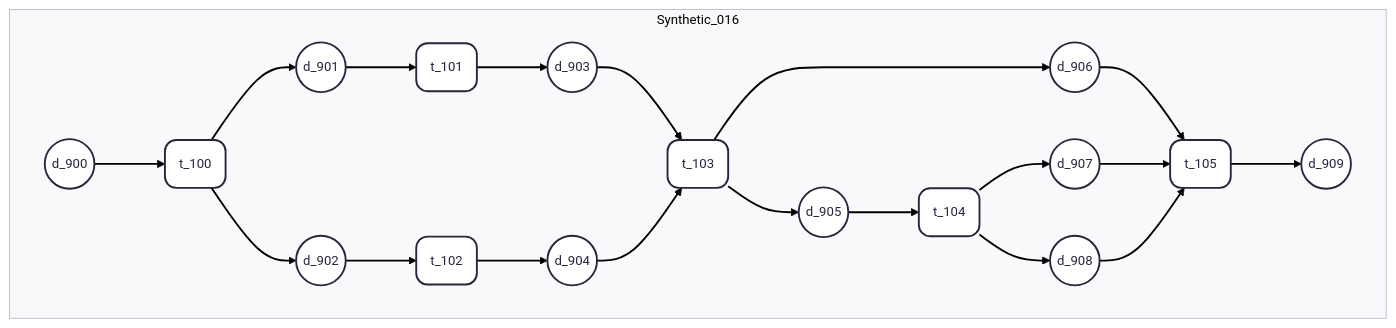
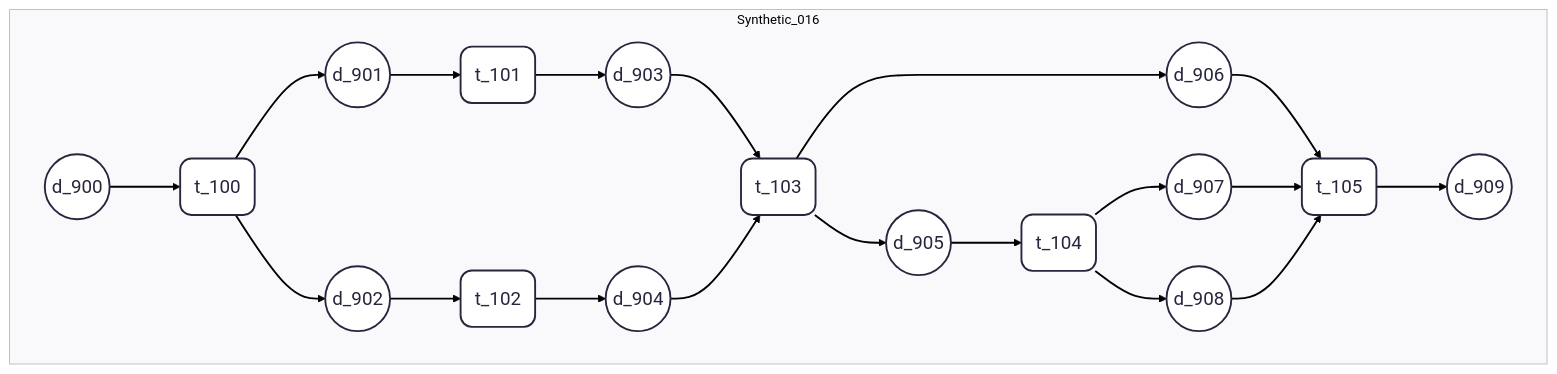
The diagram in data/mermaid/Synthetic_016.mermaid (marcellowmr/instance-gen), drawn with Mermaid before and after one commit. The commit also changed 18 other files, not shown here.

Commit message:
Arquivos mermaid

```diff
--- a/data/mermaid/Synthetic_016.mermaid
+++ b/data/mermaid/Synthetic_016.mermaid
@@ -1,42 +1,43 @@
 ---
 config:
   layout: dagre
   theme: redux
   look: classic
 ---
 %% PATTERN: Map, Split, Merge (Cascading Diamonds)
 flowchart LR
- subgraph Synthetic_16["Synthetic_016"]
-    direction LR
-        S16_d0(("d_900"))
-        S16_d1(("d_901"))
-        S16_d2(("d_902"))
-        S16_d3(("d_903"))
-        S16_d4(("d_904"))
-        S16_d5(("d_905"))
-        S16_d6(("d_906"))
-        S16_d7(("d_907"))
-        S16_d8(("d_908"))
-        S16_d9(("d_909"))
-        S16_t0("t_100")
-        S16_t1("t_101")
-        S16_t2("t_102")
-        S16_t3("t_103")
-        S16_t4("t_104")
-        S16_t5("t_105")
-  end
+    classDef default font-size:20px;
+    subgraph Synthetic_16["Synthetic_016"]
+        direction LR
+            S16_d0(("d_900"))
+            S16_d1(("d_901"))
+            S16_d2(("d_902"))
+            S16_d3(("d_903"))
+            S16_d4(("d_904"))
+            S16_d5(("d_905"))
+            S16_d6(("d_906"))
+            S16_d7(("d_907"))
+            S16_d8(("d_908"))
+            S16_d9(("d_909"))
+            S16_t0("t_100")
+            S16_t1("t_101")
+            S16_t2("t_102")
+            S16_t3("t_103")
+            S16_t4("t_104")
+            S16_t5("t_105")
+    end
     S16_d0 --> S16_t0
     S16_d1 --> S16_t1
     S16_d2 --> S16_t2
     S16_d3 --> S16_t3
     S16_d4 --> S16_t3
     S16_d5 --> S16_t4
     S16_d6 --> S16_t5
     S16_d7 --> S16_t5
     S16_d8 --> S16_t5
     S16_t0 --> S16_d1 & S16_d2
     S16_t1 --> S16_d3
     S16_t2 --> S16_d4
     S16_t3 --> S16_d5 & S16_d6
     S16_t4 --> S16_d7 & S16_d8
     S16_t5 --> S16_d9
```
